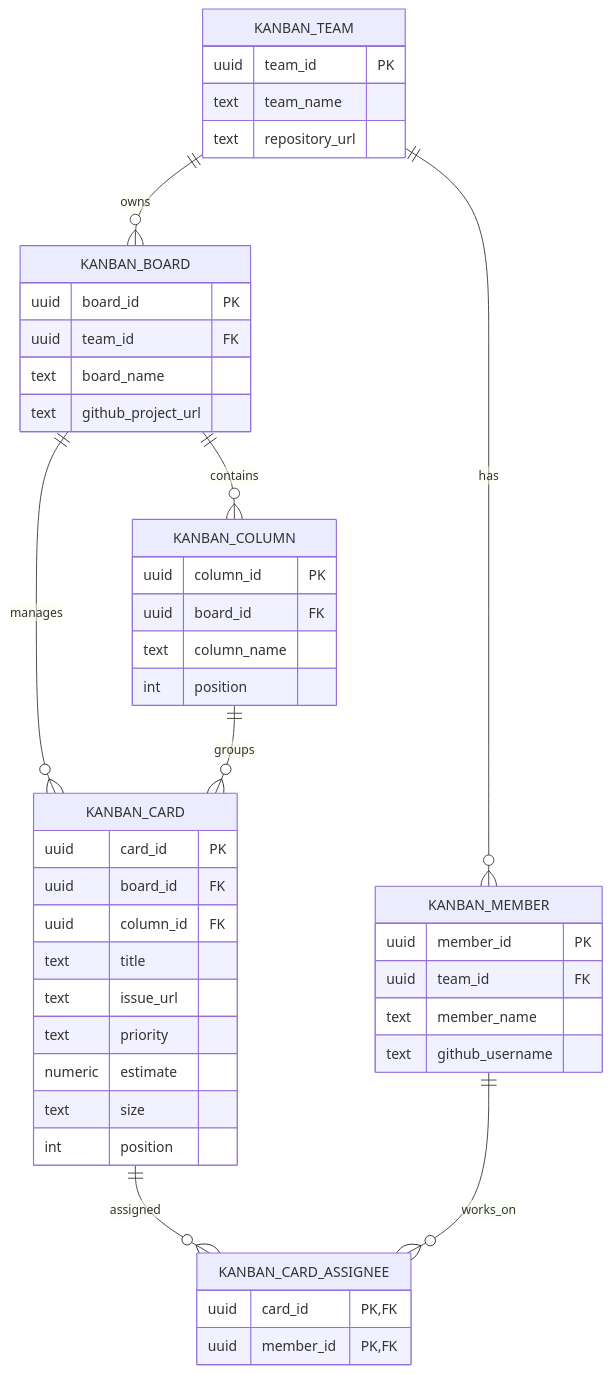
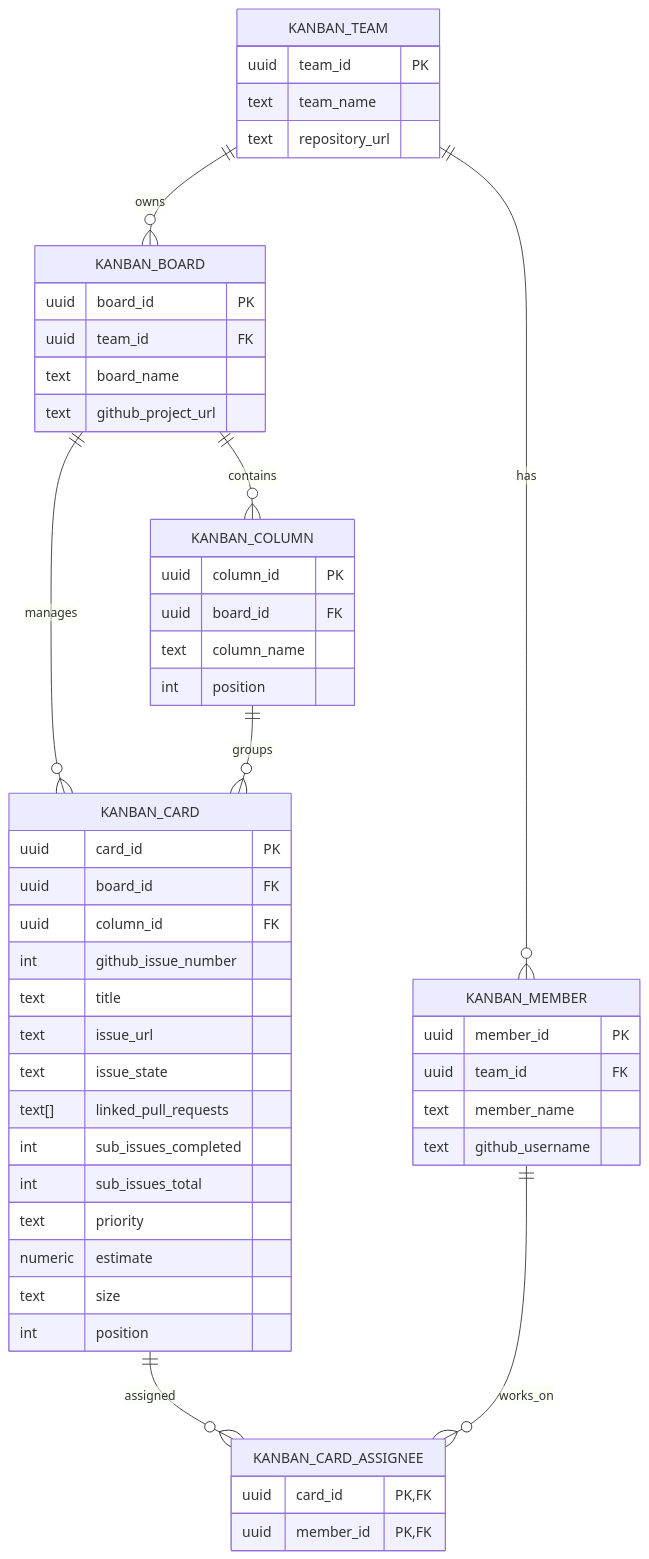
The diagram in docs/kanban-erd.md (g202235438/ot-kanban-db), drawn with Mermaid before and after one commit. The commit also changed other lines of this file and 3 other files, not shown here.

````diff
--- a/docs/kanban-erd.md
+++ b/docs/kanban-erd.md
@@ -3,49 +3,54 @@
 ```mermaid
 erDiagram
     KANBAN_TEAM ||--o{ KANBAN_MEMBER : has
     KANBAN_TEAM ||--o{ KANBAN_BOARD : owns
     KANBAN_BOARD ||--o{ KANBAN_COLUMN : contains
     KANBAN_BOARD ||--o{ KANBAN_CARD : manages
     KANBAN_COLUMN ||--o{ KANBAN_CARD : groups
     KANBAN_CARD ||--o{ KANBAN_CARD_ASSIGNEE : assigned
     KANBAN_MEMBER ||--o{ KANBAN_CARD_ASSIGNEE : works_on
 
     KANBAN_TEAM {
         uuid team_id PK
         text team_name
         text repository_url
     }
     KANBAN_MEMBER {
         uuid member_id PK
         uuid team_id FK
         text member_name
         text github_username
     }
     KANBAN_BOARD {
         uuid board_id PK
         uuid team_id FK
         text board_name
         text github_project_url
     }
     KANBAN_COLUMN {
         uuid column_id PK
         uuid board_id FK
         text column_name
         int position
     }
     KANBAN_CARD {
         uuid card_id PK
         uuid board_id FK
         uuid column_id FK
+        int github_issue_number
         text title
         text issue_url
+        text issue_state
+        text[] linked_pull_requests
+        int sub_issues_completed
+        int sub_issues_total
         text priority
         numeric estimate
         text size
         int position
     }
     KANBAN_CARD_ASSIGNEE {
         uuid card_id PK, FK
         uuid member_id PK, FK
     }
 ```
````
